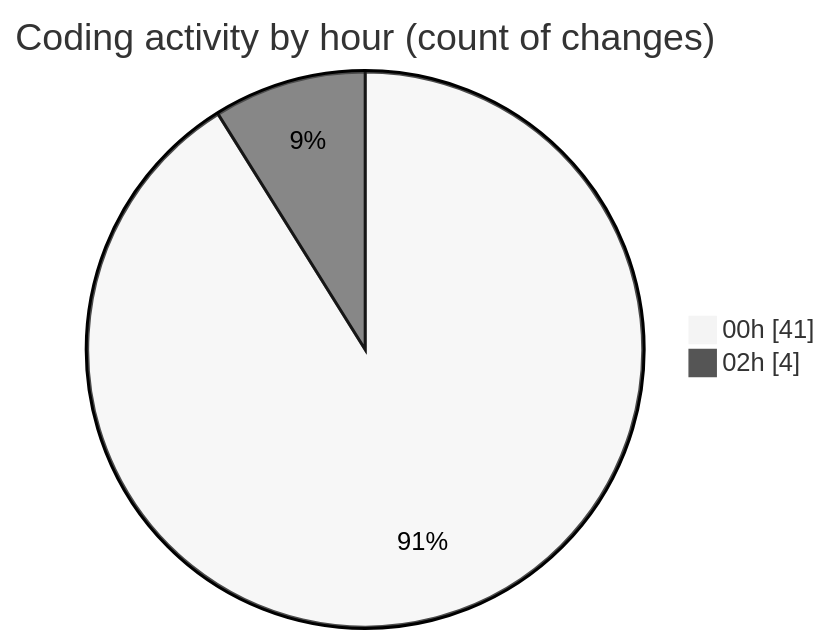
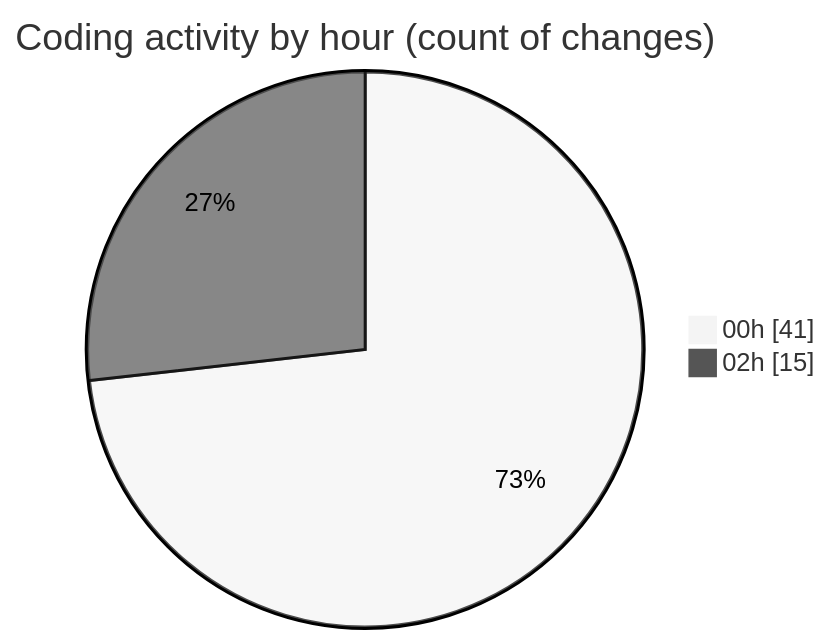
One commit to hasnaa123/code-tracking changed the second of 2 diagrams in 2026-02-21/student_performance_system/README.md. Above: the diagram before and after it, drawn with Mermaid (neutral theme). The commit also changed other lines of this file and 1 other file, not shown here.

````diff
--- a/2026-02-21/student_performance_system/README.md
+++ b/2026-02-21/student_performance_system/README.md
@@ -28,6 +28,6 @@
 ```mermaid
 pie showData
 title Coding activity by hour (count of changes)
 "00h" : 41
-"02h" : 4
+"02h" : 15
 ```
````
